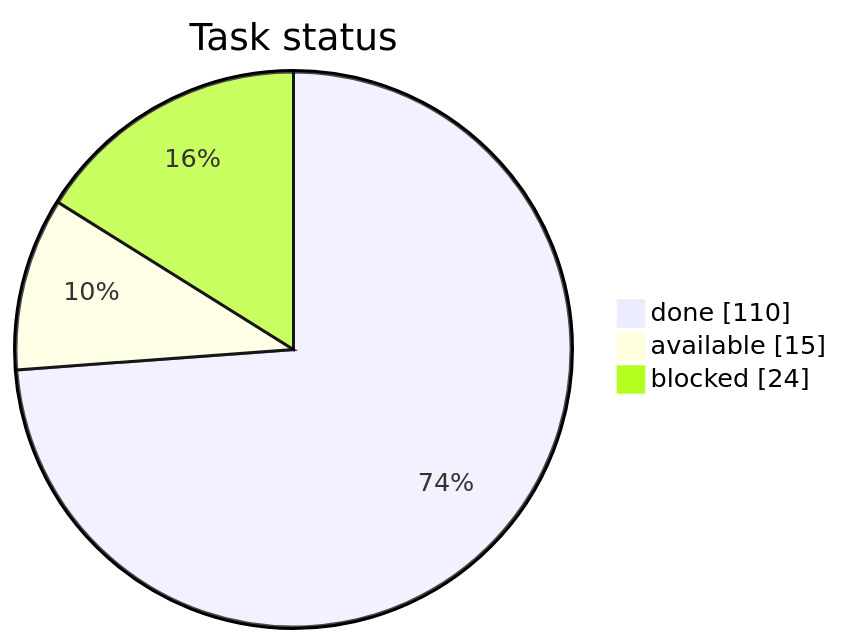
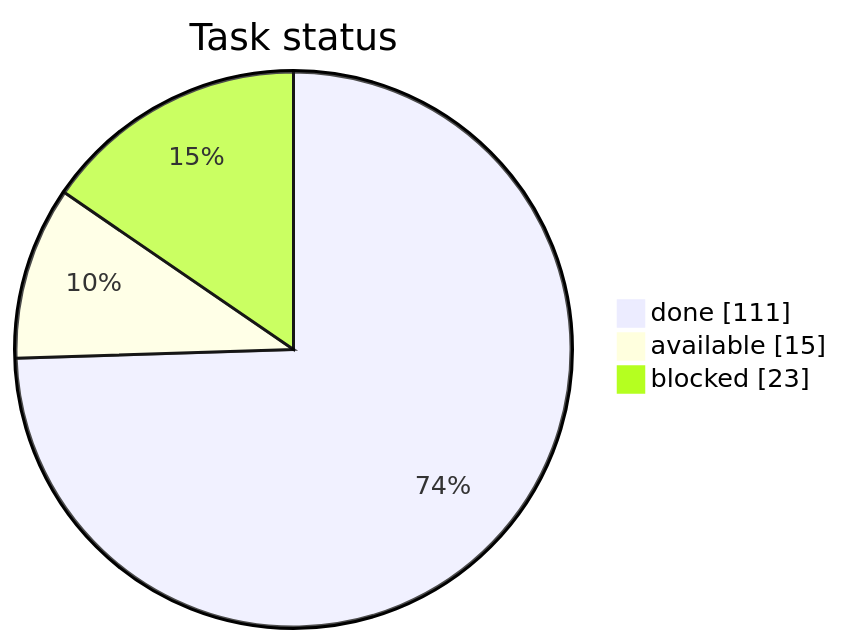
Before and after one commit to artemiiShabanov/RallyRivals: the first of 3 diagrams in STATUS.md, drawn with Mermaid. The commit also changed other lines of this file and 296 other files, not shown here.

````diff
--- a/STATUS.md
+++ b/STATUS.md
@@ -7,7 +7,7 @@
 ```mermaid
 pie showData
     title Task status
-    "done" : 110
+    "done" : 111
     "available" : 15
-    "blocked" : 24
+    "blocked" : 23
 ```
````
